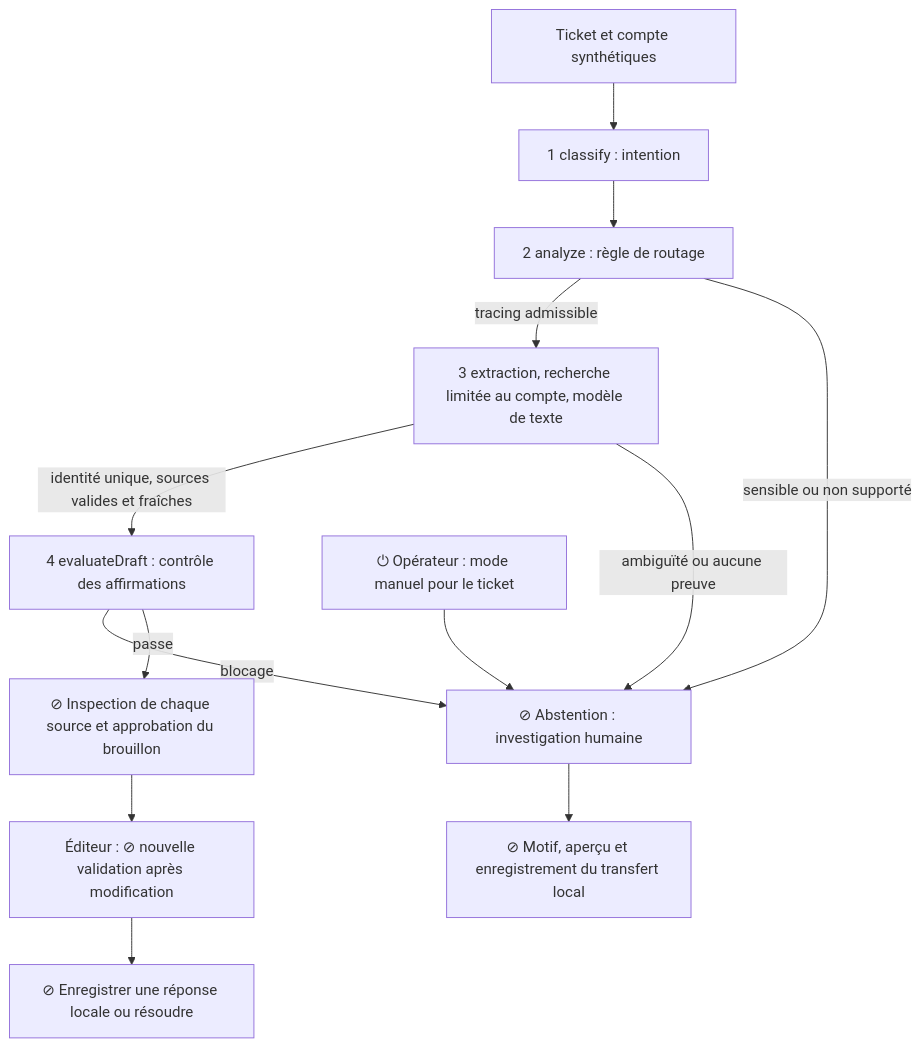
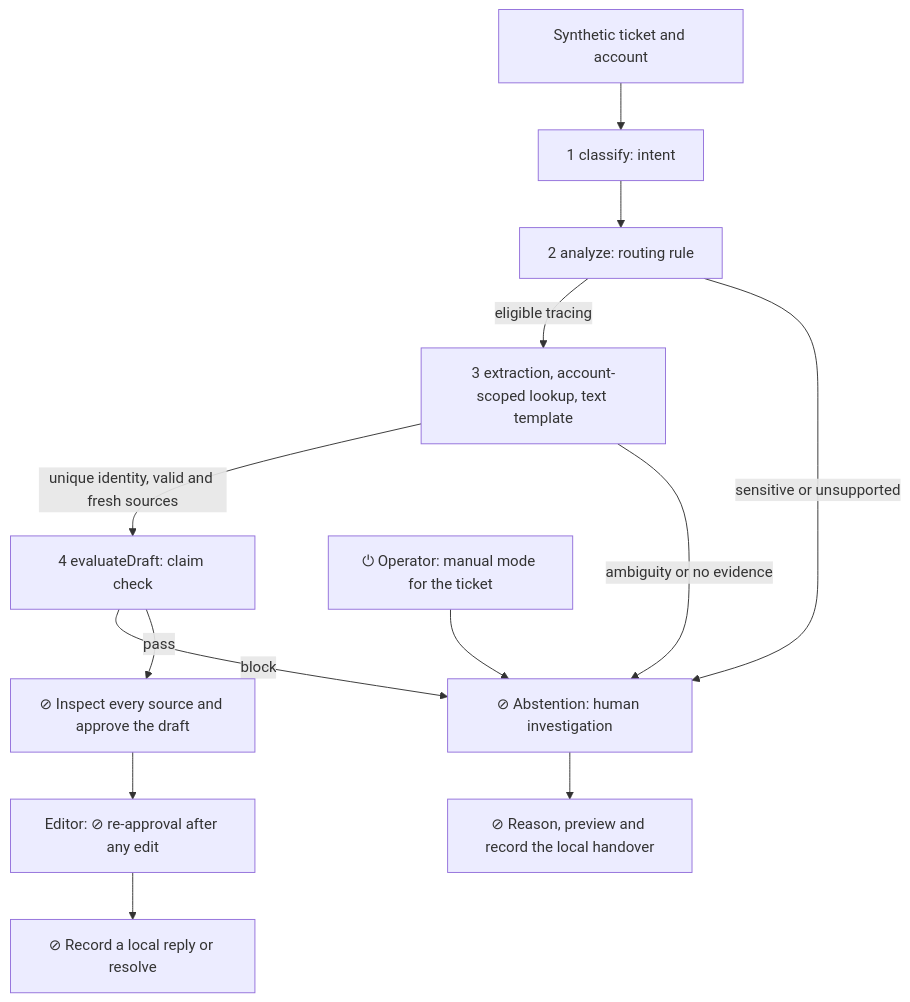
The diagram in 04_architecture.md (lsantus-mines/deploy-project-product-management), drawn with Mermaid before and after one commit. The commit also changed other lines of this file and 20 other files, not shown here.

````diff
--- a/04_architecture.md
+++ b/04_architecture.md
@@ -9,15 +9,15 @@
 ```mermaid
 flowchart TD
-  A[Ticket et compte synthétiques] --> B[1 classify : intention]
-  B --> C[2 analyze : règle de routage]
-  C -->|tracing admissible| D[3 extraction, recherche limitée au compte, modèle de texte]
-  C -->|sensible ou non supporté| H[⊘ Abstention : investigation humaine]
-  D -->|identité unique, sources valides et fraîches| E[4 evaluateDraft : contrôle des affirmations]
-  D -->|ambiguïté ou aucune preuve| H
-  E -->|blocage| H
-  E -->|passe| F[⊘ Inspection de chaque source et approbation du brouillon]
-  F --> G[Éditeur : ⊘ nouvelle validation après modification]
-  G --> I[⊘ Enregistrer une réponse locale ou résoudre]
-  H --> J[⊘ Motif, aperçu et enregistrement du transfert local]
-  S[⏻ Opérateur : mode manuel pour le ticket] --> H
+  A[Synthetic ticket and account] --> B[1 classify: intent]
+  B --> C[2 analyze: routing rule]
+  C -->|eligible tracing| D[3 extraction, account-scoped lookup, text template]
+  C -->|sensitive or unsupported| H[⊘ Abstention: human investigation]
+  D -->|unique identity, valid and fresh sources| E[4 evaluateDraft: claim check]
+  D -->|ambiguity or no evidence| H
+  E -->|block| H
+  E -->|pass| F[⊘ Inspect every source and approve the draft]
+  F --> G[Editor: ⊘ re-approval after any edit]
+  G --> I[⊘ Record a local reply or resolve]
+  H --> J[⊘ Reason, preview and record the local handover]
+  S[⏻ Operator: manual mode for the ticket] --> H
 ```
````
